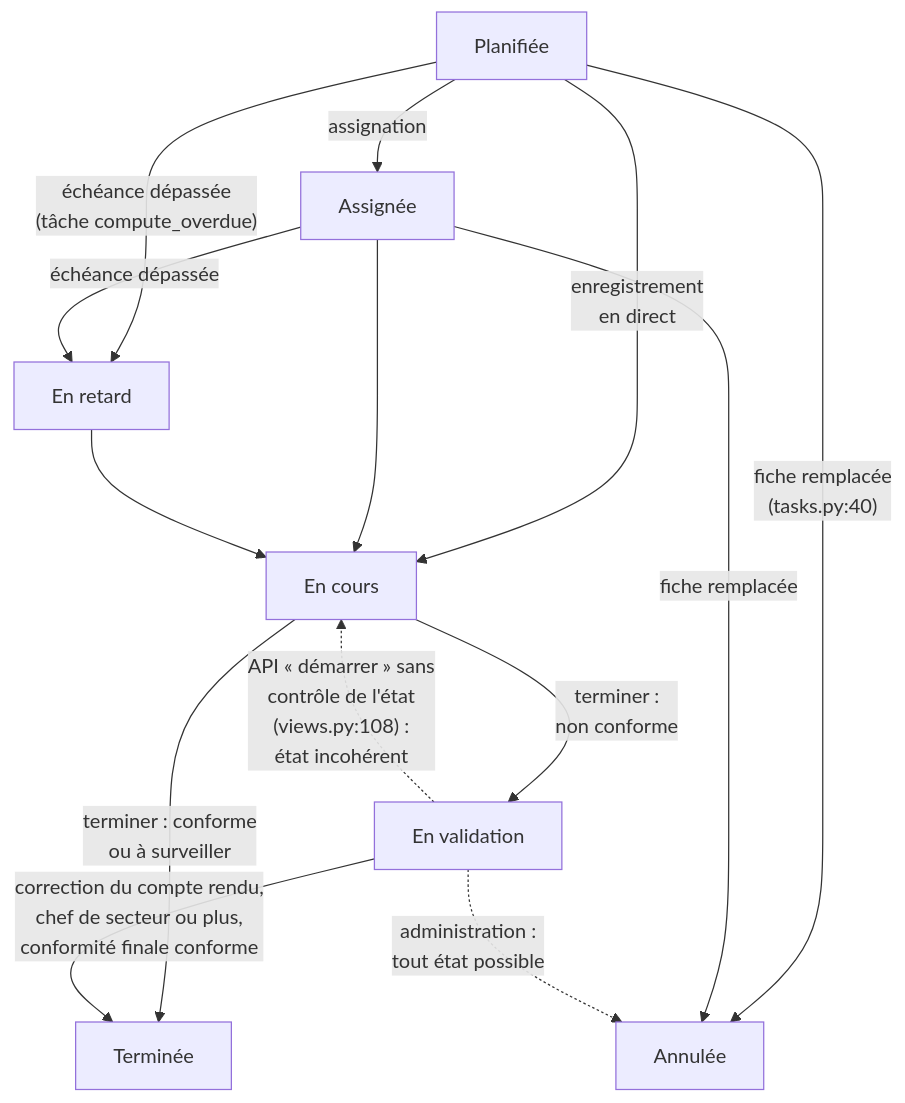
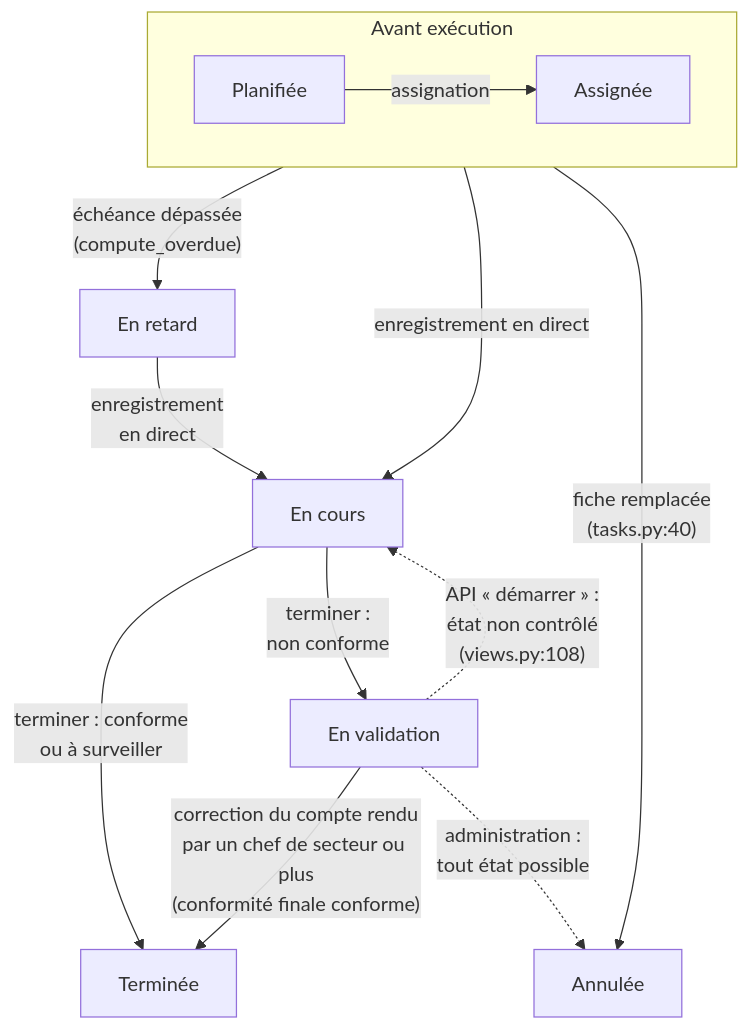
One commit to Mattrix2211/Matrix changed the diagram in docs/dossier-technique/refonte/schemas/src/S25d_etats_occurrence_detail.mmd. Above: the diagram before and after it, drawn with Mermaid. The commit also changed 42 other files, not shown here.

```diff
--- a/docs/dossier-technique/refonte/schemas/src/S25d_etats_occurrence_detail.mmd
+++ b/docs/dossier-technique/refonte/schemas/src/S25d_etats_occurrence_detail.mmd
@@ -1,14 +1,14 @@
 flowchart TB
-  PL["Planifiée"] -->|"assignation"| AS["Assignée"]
-  PL -->|"enregistrement<br/>en direct"| EC["En cours"]
-  AS --> EC
-  PL -->|"échéance dépassée<br/>(tâche compute_overdue)"| OV["En retard"]
-  AS -->|"échéance dépassée"| OV
-  OV --> EC
+  subgraph AV["Avant exécution"]
+    direction LR
+    PL["Planifiée"] -->|"assignation"| AS["Assignée"]
+  end
+  AV -->|"échéance dépassée<br/>(compute_overdue)"| OV["En retard"]
+  AV -->|"fiche remplacée<br/>(tasks.py:40)"| CA["Annulée"]
+  AV -->|"enregistrement en direct"| EC["En cours"]
+  OV -->|"enregistrement<br/>en direct"| EC
   EC -->|"terminer : conforme<br/>ou à surveiller"| DO["Terminée"]
   EC -->|"terminer :<br/>non conforme"| WV["En validation"]
-  WV -->|"correction du compte rendu,<br/>chef de secteur ou plus,<br/>conformité finale conforme"| DO
-  PL -->|"fiche remplacée<br/>(tasks.py:40)"| CA["Annulée"]
-  AS -->|"fiche remplacée"| CA
-  WV -.->|"API « démarrer » sans<br/>contrôle de l'état<br/>(views.py:108) :<br/>état incohérent"| EC
+  WV -->|"correction du compte rendu<br/>par un chef de secteur ou plus<br/>(conformité finale conforme)"| DO
+  WV -.->|"API « démarrer » :<br/>état non contrôlé<br/>(views.py:108)"| EC
   WV -.->|"administration :<br/>tout état possible"| CA
```
